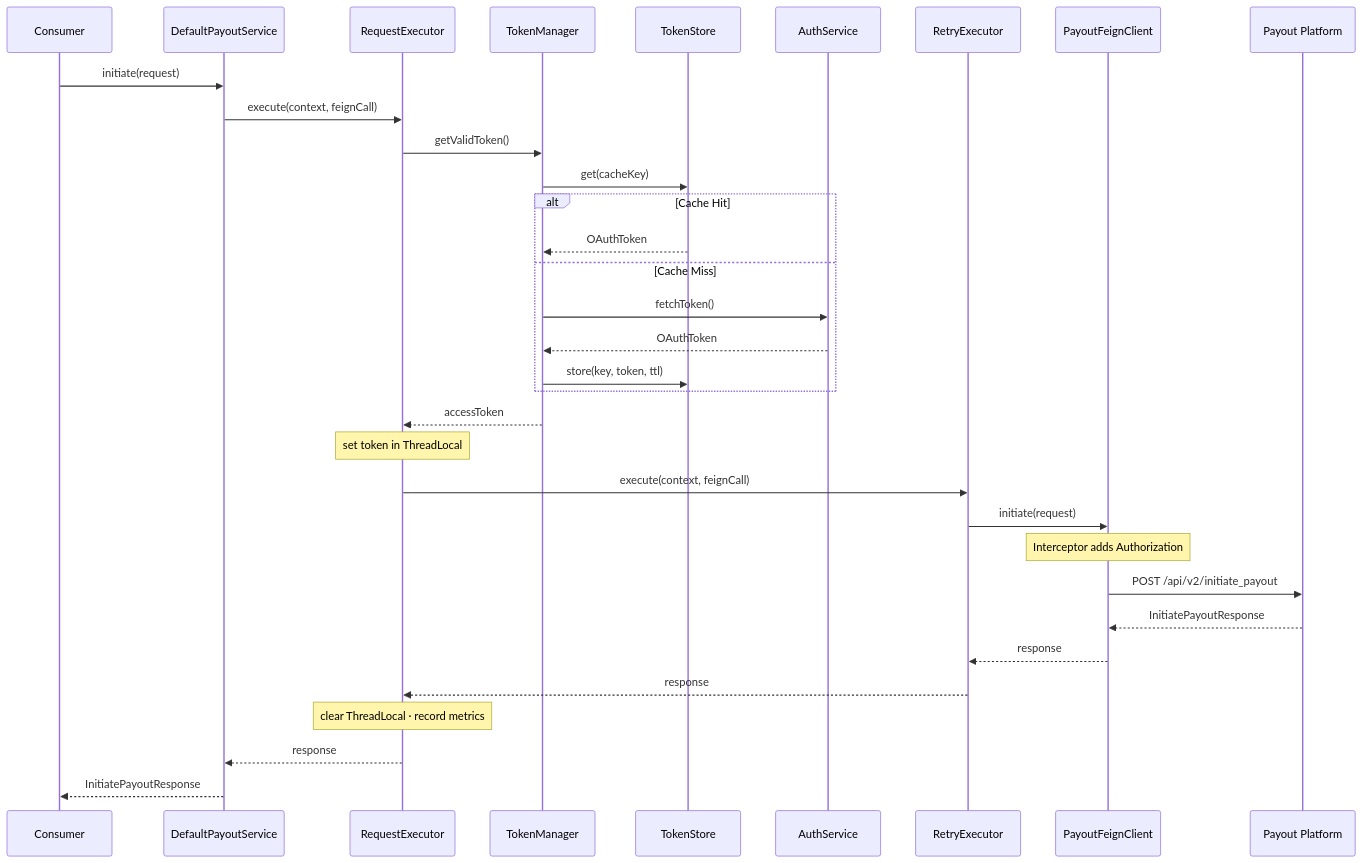
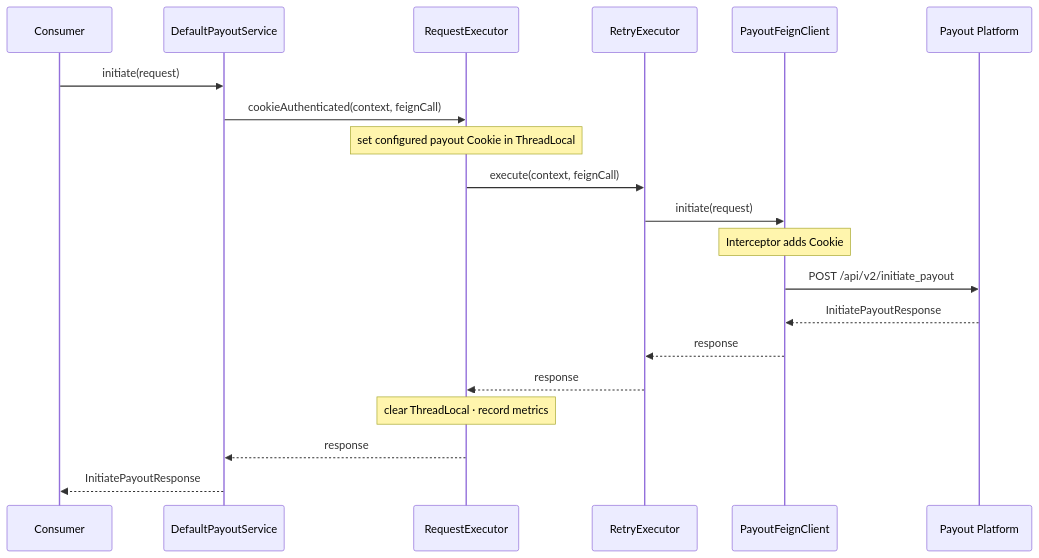
The first of 4 diagrams in docs/03-lld.md (Sahilsoni88/acko-payments-sdk), drawn with Mermaid before and after one commit. The commit also changed other lines of this file and 124 other files, not shown here.

````diff
--- a/docs/03-lld.md
+++ b/docs/03-lld.md
@@ -85,38 +97,23 @@
 ```mermaid
 sequenceDiagram
     participant C as Consumer
     participant PS as DefaultPayoutService
     participant RE as RequestExecutor
-    participant TM as TokenManager
-    participant TS as TokenStore
-    participant AS as AuthService
     participant RT as RetryExecutor
     participant FC as PayoutFeignClient
     participant CPP as Payout Platform
 
     C->>PS: initiate(request)
-    PS->>RE: execute(context, feignCall)
-    RE->>TM: getValidToken()
-    TM->>TS: get(cacheKey)
-
-    alt Cache Hit
-        TS-->>TM: OAuthToken
-    else Cache Miss
-        TM->>AS: fetchToken()
-        AS-->>TM: OAuthToken
-        TM->>TS: store(key, token, ttl)
-    end
-
-    TM-->>RE: accessToken
-    Note over RE: set token in ThreadLocal
+    PS->>RE: cookieAuthenticated(context, feignCall)
+    Note over RE: set configured payout Cookie in ThreadLocal
     RE->>RT: execute(context, feignCall)
     RT->>FC: initiate(request)
-    Note over FC: Interceptor adds Authorization
+    Note over FC: Interceptor adds Cookie
     FC->>CPP: POST /api/v2/initiate_payout
     CPP-->>FC: InitiatePayoutResponse
     FC-->>RT: response
     RT-->>RE: response
     Note over RE: clear ThreadLocal · record metrics
     RE-->>PS: response
     PS-->>C: InitiatePayoutResponse
 ```
````
